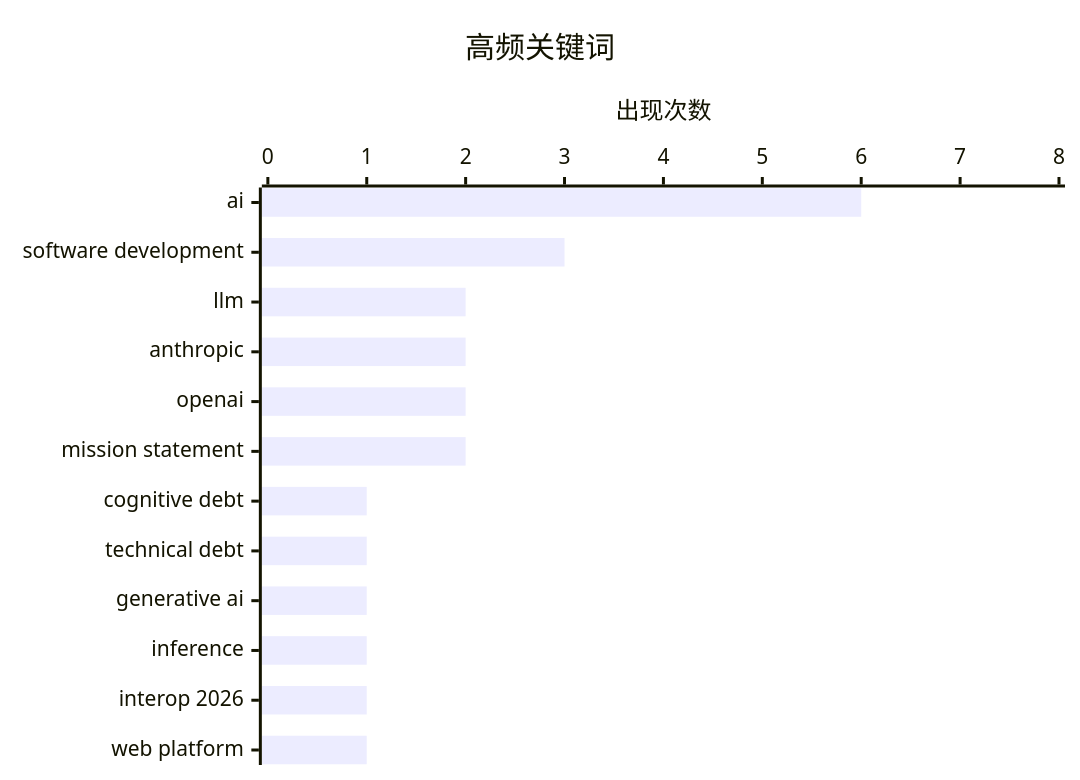
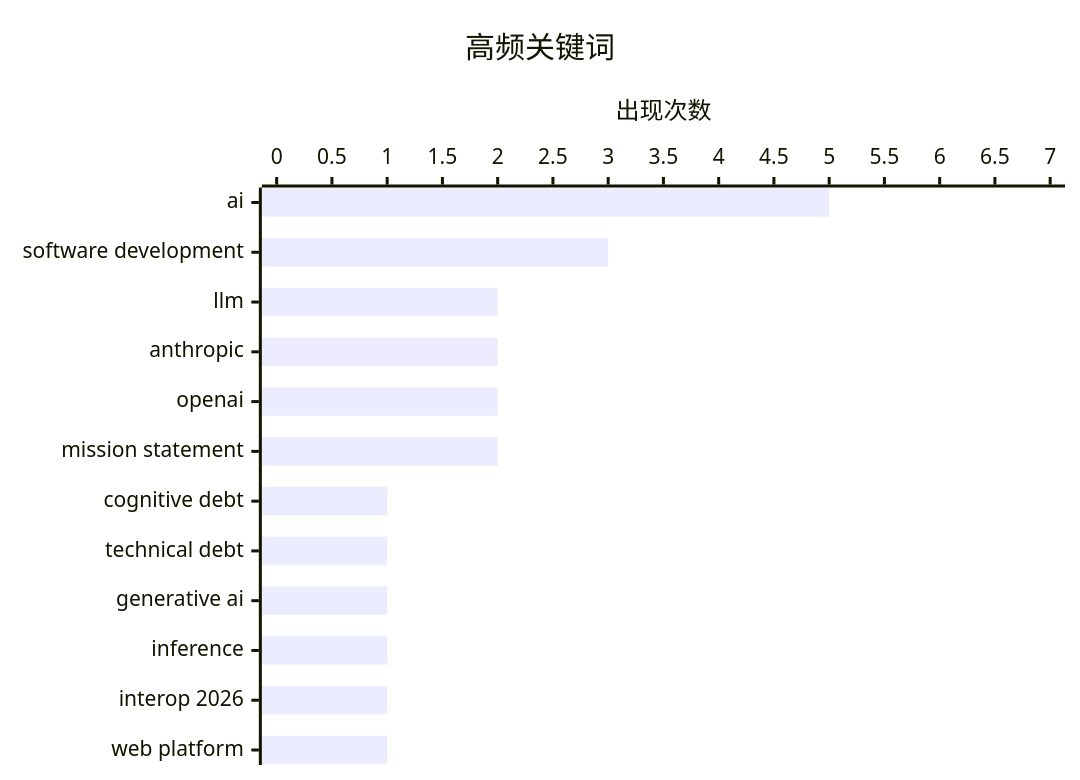
One commit to ChuYinan2023/ai-daily-digest changed the second of 2 diagrams in digests/digest-20260215.md. Above: the diagram before and after it, drawn with Mermaid. The commit also changed other lines of this file and 3 other files, not shown here.

````diff
--- a/digests/digest-20260215.md
+++ b/digests/digest-20260215.md
@@ -64,7 +64,7 @@
 ```mermaid
 xychart-beta horizontal
     title "高频关键词"
     x-axis ["ai", "software development", "llm", "anthropic", "openai", "mission statement", "cognitive debt", "technical debt", "generative ai", "inference", "interop 2026", "web platform"]
-    y-axis "出现次数" 0 --> 8
-    bar [6, 3, 2, 2, 2, 2, 1, 1, 1, 1, 1, 1]
+    y-axis "出现次数" 0 --> 7
+    bar [5, 3, 2, 2, 2, 2, 1, 1, 1, 1, 1, 1]
 ```
````
